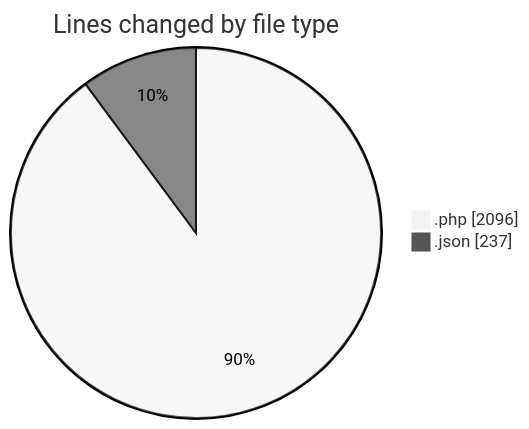
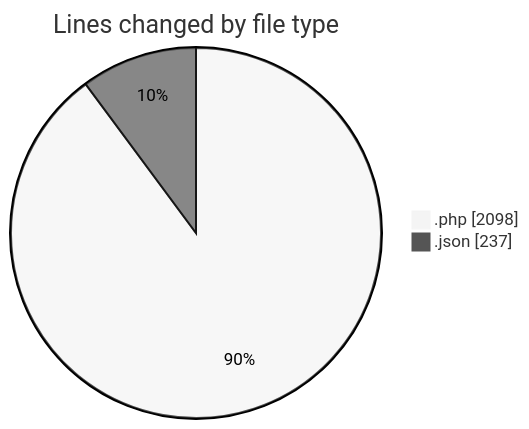
One commit to idhammustaqopulfikri/code-tracking changed the first of 2 diagrams in 2025-06-23/studio-backend/README.md. Above: the diagram before and after it, drawn with Mermaid (neutral theme). The commit also changed other lines of this file and 1 other file, not shown here.

````diff
--- a/2025-06-23/studio-backend/README.md
+++ b/2025-06-23/studio-backend/README.md
@@ -24,6 +24,6 @@
 ```mermaid
 pie showData
 title Lines changed by file type
-".php" : 2096
+".php" : 2098
 ".json" : 237
 ```
````
